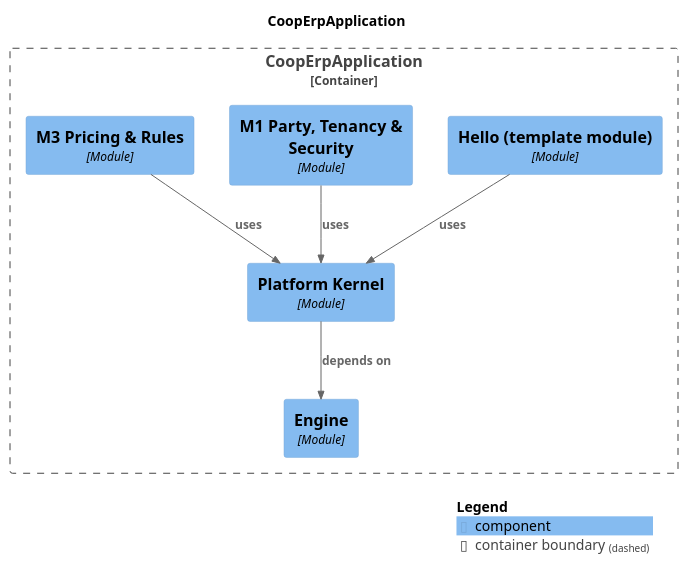
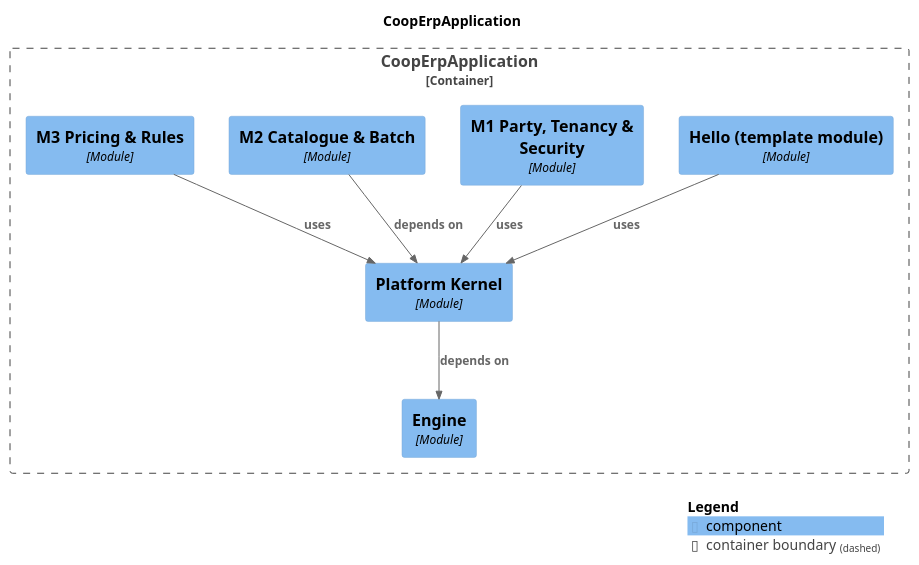
Before and after one commit to Knoweb/COOP_ERP: the diagram in docs/modules/components.puml, drawn with PlantUML. The commit also changed 26 other files, not shown here.

First line of the commit message:
feat(m2): catalogue scaffold, schema V0001 and reference seeds (M2-01)

```diff
--- a/docs/modules/components.puml
+++ b/docs/modules/components.puml
@@ -1,25 +1,27 @@
 @startuml
 set separator none
 title CoopErpApplication
 
 top to bottom direction
 
 !include <C4/C4>
 !include <C4/C4_Context>
 !include <C4/C4_Component>
 
 Container_Boundary("CoopErpApplication.CoopErpApplication_boundary", "CoopErpApplication", $tags="") {
   Component(CoopErpApplication.CoopErpApplication.Engine, "Engine", $techn="Module", $descr="", $tags="", $link="")
   Component(CoopErpApplication.CoopErpApplication.PlatformKernel, "Platform Kernel", $techn="Module", $descr="", $tags="", $link="")
   Component(CoopErpApplication.CoopErpApplication.Hellotemplatemodule, "Hello (template module)", $techn="Module", $descr="", $tags="", $link="")
   Component(CoopErpApplication.CoopErpApplication.M1PartyTenancySecurity, "M1 Party, Tenancy & Security", $techn="Module", $descr="", $tags="", $link="")
+  Component(CoopErpApplication.CoopErpApplication.M2CatalogueBatch, "M2 Catalogue & Batch", $techn="Module", $descr="", $tags="", $link="")
   Component(CoopErpApplication.CoopErpApplication.M3PricingRules, "M3 Pricing & Rules", $techn="Module", $descr="", $tags="", $link="")
 }
 
 Rel(CoopErpApplication.CoopErpApplication.Hellotemplatemodule, CoopErpApplication.CoopErpApplication.PlatformKernel, "uses", $techn="", $tags="", $link="")
 Rel(CoopErpApplication.CoopErpApplication.M1PartyTenancySecurity, CoopErpApplication.CoopErpApplication.PlatformKernel, "uses", $techn="", $tags="", $link="")
+Rel(CoopErpApplication.CoopErpApplication.M2CatalogueBatch, CoopErpApplication.CoopErpApplication.PlatformKernel, "depends on", $techn="", $tags="", $link="")
 Rel(CoopErpApplication.CoopErpApplication.M3PricingRules, CoopErpApplication.CoopErpApplication.PlatformKernel, "uses", $techn="", $tags="", $link="")
 Rel(CoopErpApplication.CoopErpApplication.PlatformKernel, CoopErpApplication.CoopErpApplication.Engine, "depends on", $techn="", $tags="", $link="")
 
 SHOW_LEGEND(true)
 @enduml
```
